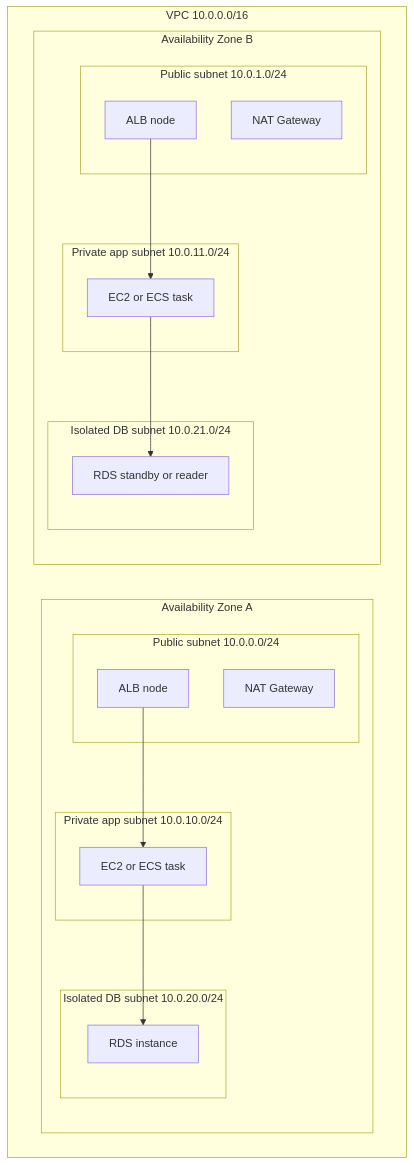
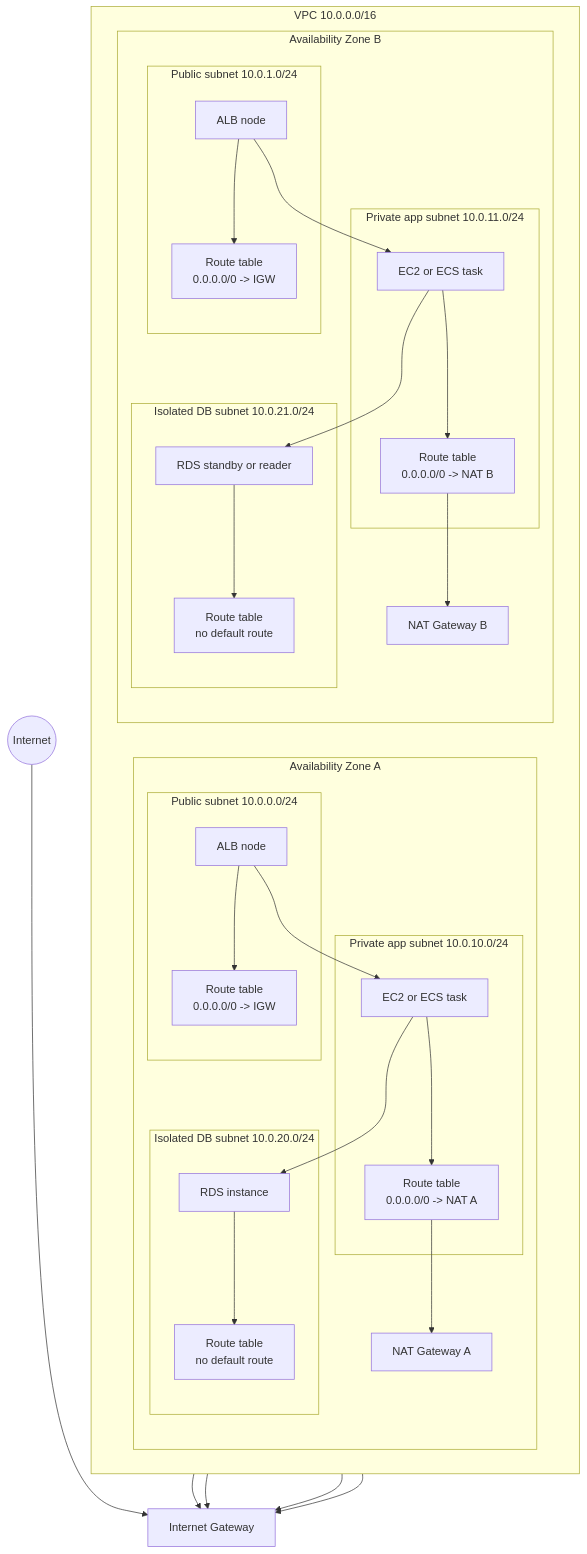
Before and after one commit to rooneyviet/aws-learning-obsidian: the diagram in 05 - Networking, DNS, and Edge/VPC Subnets.md, drawn with Mermaid. The commit also changed 16 other files, not shown here.

Commit message:
update diagrams

````diff
--- a/05 - Networking, DNS, and Edge/VPC Subnets.md
+++ b/05 - Networking, DNS, and Edge/VPC Subnets.md
@@ -23,39 +23,49 @@
 ```mermaid
 flowchart TB
+    Internet((Internet)) --> IGW[Internet Gateway]
+
     subgraph VPC["VPC 10.0.0.0/16"]
         direction LR
 
         subgraph AZA["Availability Zone A"]
             direction TB
             subgraph PubA["Public subnet 10.0.0.0/24"]
                 ALBA[ALB node]
-                NATA[NAT Gateway]
+                PubRTA["Route table\n0.0.0.0/0 -> IGW"]
             end
             subgraph AppA["Private app subnet 10.0.10.0/24"]
                 EC2A[EC2 or ECS task]
+                AppRTA["Route table\n0.0.0.0/0 -> NAT A"]
             end
             subgraph DBA["Isolated DB subnet 10.0.20.0/24"]
                 RDSA[RDS instance]
+                DBRTA["Route table\nno default route"]
             end
+            NATA[NAT Gateway A]
         end
 
         subgraph AZB["Availability Zone B"]
             direction TB
             subgraph PubB["Public subnet 10.0.1.0/24"]
                 ALBB[ALB node]
-                NATB[NAT Gateway]
+                PubRTB["Route table\n0.0.0.0/0 -> IGW"]
             end
             subgraph AppB["Private app subnet 10.0.11.0/24"]
                 EC2B[EC2 or ECS task]
+                AppRTB["Route table\n0.0.0.0/0 -> NAT B"]
             end
             subgraph DBB["Isolated DB subnet 10.0.21.0/24"]
                 RDSB[RDS standby or reader]
+                DBRTB["Route table\nno default route"]
             end
+            NATB[NAT Gateway B]
         end
     end
 
-    ALBA --> EC2A
-    ALBB --> EC2B
-    EC2A --> RDSA
-    EC2B --> RDSB
+    ALBA --> PubRTA --> IGW
+    ALBB --> PubRTB --> IGW
+    EC2A --> AppRTA --> NATA --> IGW
+    EC2B --> AppRTB --> NATB --> IGW
+    ALBA --> EC2A --> RDSA --> DBRTA
+    ALBB --> EC2B --> RDSB --> DBRTB
 ```
````
